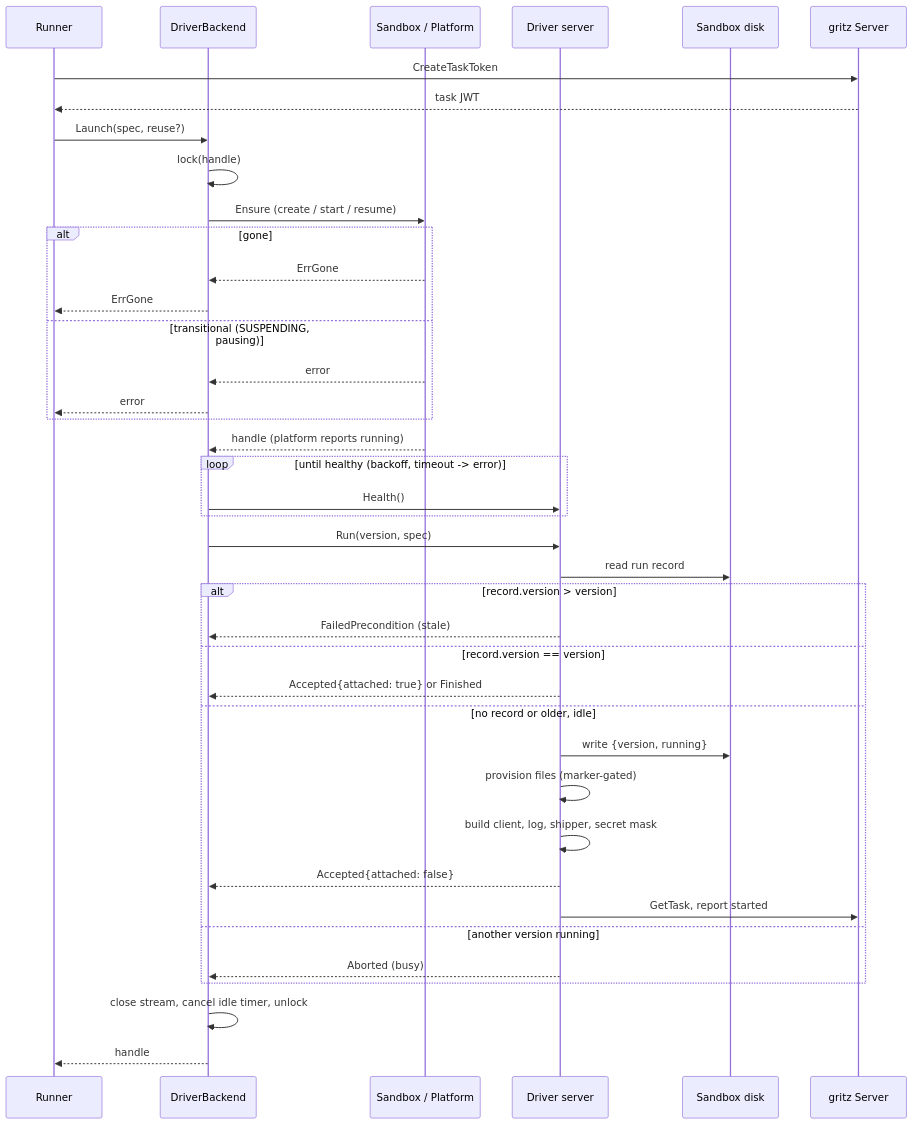
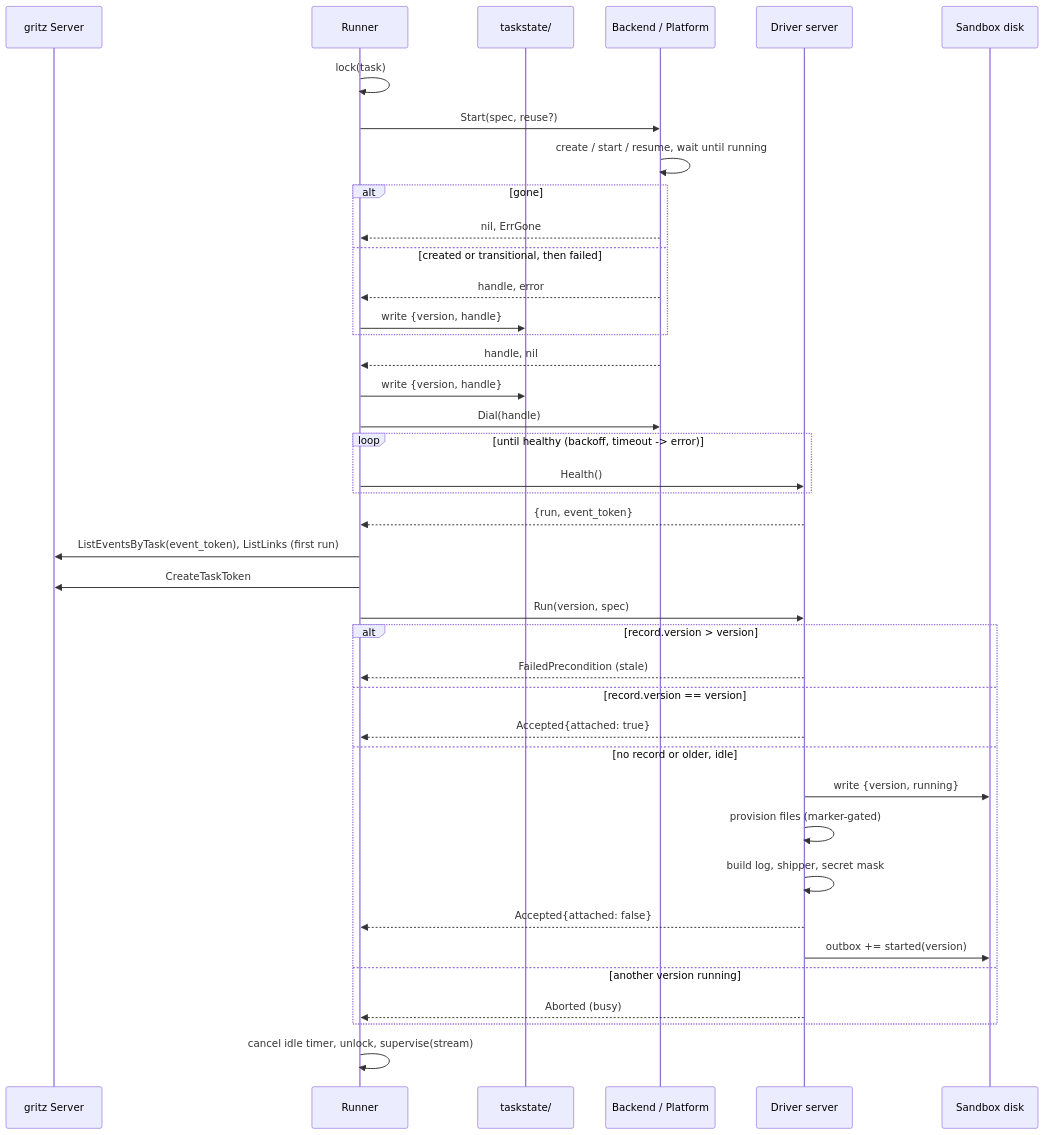
Before and after one commit to gritzapp/gritz: the second of 6 diagrams in proposals/draft/driver-server.md, drawn with Mermaid. The commit also changed other lines of this file and 4 other files, not shown here.

First line of the commit message:
docs: route driver reports through the runner in the driver server proposal

````diff
--- a/proposals/draft/driver-server.md
+++ b/proposals/draft/driver-server.md
@@ -360,43 +478,43 @@
 ```mermaid
 sequenceDiagram
+    participant S as gritz Server
     participant R as Runner
-    participant B as DriverBackend
-    participant P as Sandbox / Platform
+    participant T as taskstate/
+    participant P as Backend / Platform
     participant D as Driver server
     participant F as Sandbox disk
-    participant S as gritz Server
 
+    R->>R: lock(task)
+    R->>P: Start(spec, reuse?)
+    P->>P: create / start / resume, wait until running
+    alt gone
+        P-->>R: nil, ErrGone
+    else created or transitional, then failed
+        P-->>R: handle, error
+        R->>T: write {version, handle}
+    end
+    P-->>R: handle, nil
+    R->>T: write {version, handle}
+    R->>P: Dial(handle)
+    loop until healthy (backoff, timeout -> error)
+        R->>D: Health()
+    end
+    D-->>R: {run, event_token}
+    R->>S: ListEventsByTask(event_token), ListLinks (first run)
     R->>S: CreateTaskToken
-    S-->>R: task JWT
-    R->>B: Launch(spec, reuse?)
-    B->>B: lock(handle)
-    B->>P: Ensure (create / start / resume)
-    alt gone
-        P-->>B: ErrGone
-        B-->>R: ErrGone
-    else transitional (SUSPENDING, pausing)
-        P-->>B: error
-        B-->>R: error
-    end
-    P-->>B: handle (platform reports running)
-    loop until healthy (backoff, timeout -> error)
-        B->>D: Health()
-    end
-    B->>D: Run(version, spec)
-    D->>F: read run record
+    R->>D: Run(version, spec)
     alt record.version > version
-        D-->>B: FailedPrecondition (stale)
+        D-->>R: FailedPrecondition (stale)
     else record.version == version
-        D-->>B: Accepted{attached: true} or Finished
+        D-->>R: Accepted{attached: true}
     else no record or older, idle
         D->>F: write {version, running}
         D->>D: provision files (marker-gated)
-        D->>D: build client, log, shipper, secret mask
-        D-->>B: Accepted{attached: false}
-        D->>S: GetTask, report started
+        D->>D: build log, shipper, secret mask
+        D-->>R: Accepted{attached: false}
+        D->>F: outbox += started(version)
     else another version running
-        D-->>B: Aborted (busy)
+        D-->>R: Aborted (busy)
     end
-    B->>B: close stream, cancel idle timer, unlock
-    B-->>R: handle
+    R->>R: cancel idle timer, unlock, supervise(stream)
 ```
````
